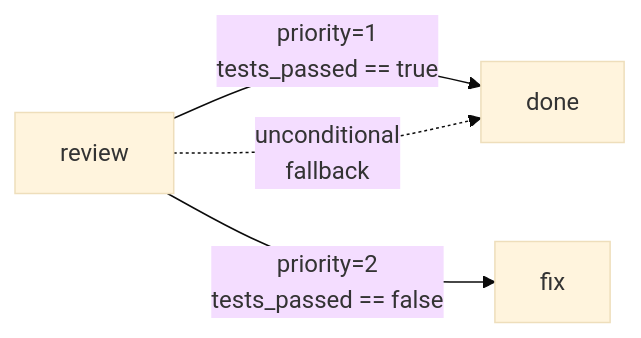
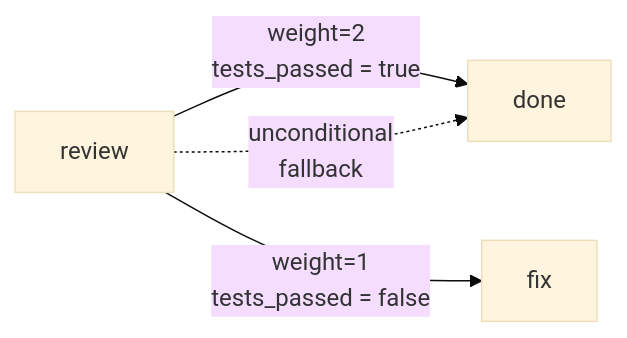
The second of 8 diagrams in docs/explanation/architecture.md (jawhnycooke/attractor), drawn with Mermaid (base theme) before and after one commit. The commit also changed other lines of this file and 5 other files, not shown here.

````diff
--- a/docs/explanation/architecture.md
+++ b/docs/explanation/architecture.md
@@ -136,6 +136,6 @@
 ```mermaid
 graph LR
-    Review["review"] -->|"priority=1\ntests_passed == true"| Done["done"]
-    Review -->|"priority=2\ntests_passed == false"| Fix["fix"]
+    Review["review"] -->|"weight=2\ntests_passed = true"| Done["done"]
+    Review -->|"weight=1\ntests_passed = false"| Fix["fix"]
     Review -.->|"unconditional\nfallback"| Done
 ```
````
